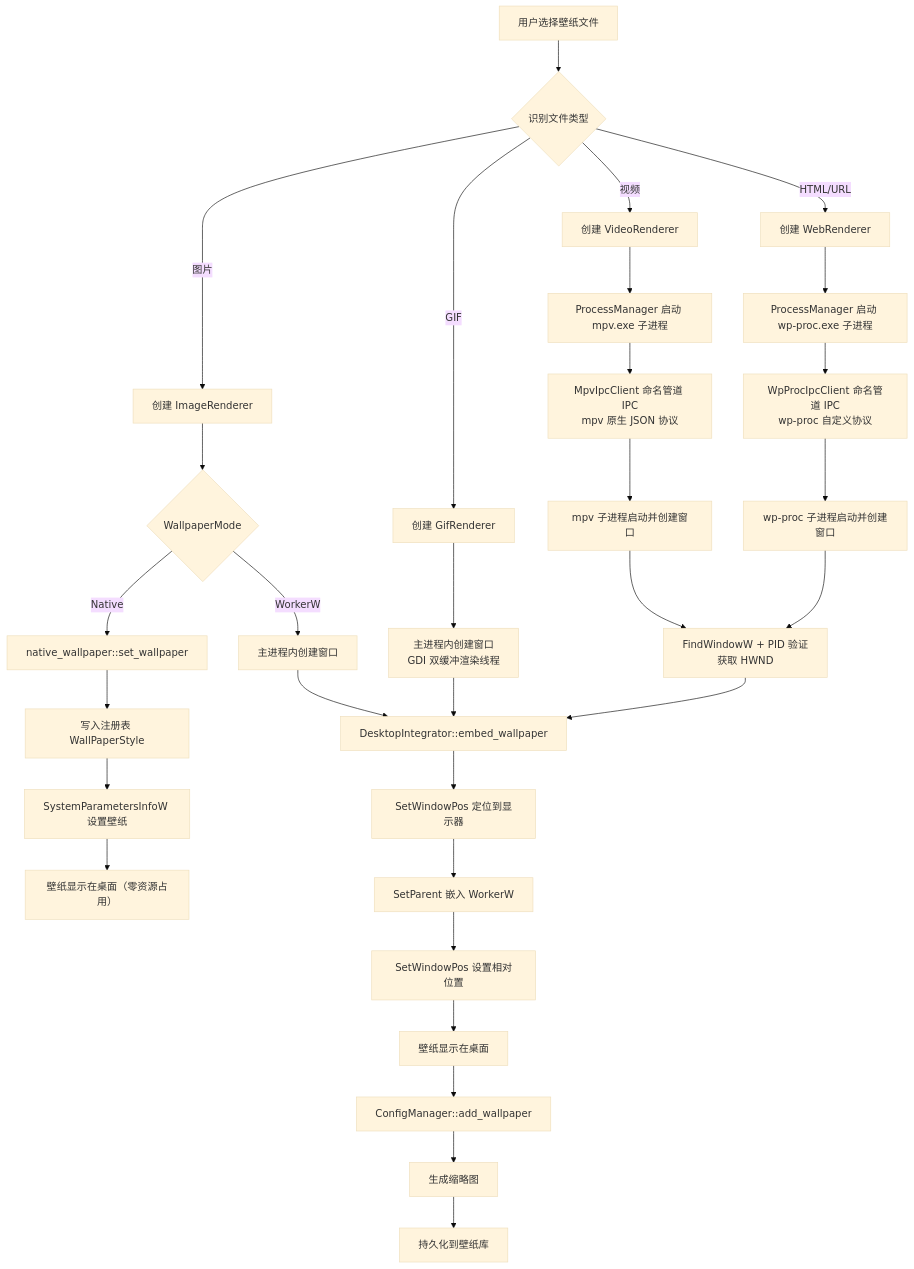
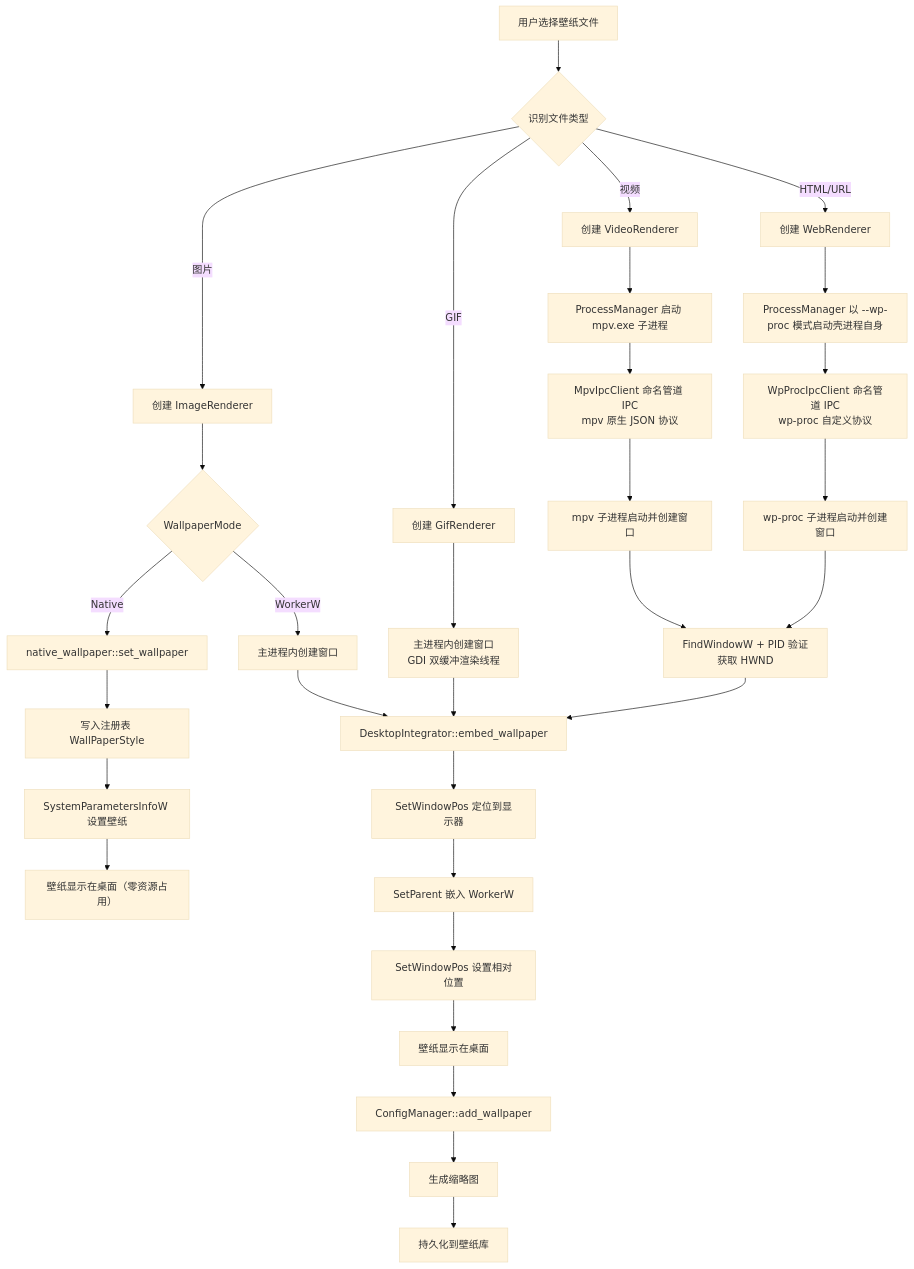
One commit to Wunseol/mirrorstar-wallpaper changed the second of 5 diagrams in docs/02-架构设计/05-依赖与数据流-Dependency-and-Data-Flow.md. Above: the diagram before and after it, drawn with Mermaid (base theme). The commit also changed other lines of this file and 181 other files, not shown here.

````diff
--- a/docs/02-架构设计/05-依赖与数据流-Dependency-and-Data-Flow.md
+++ b/docs/02-架构设计/05-依赖与数据流-Dependency-and-Data-Flow.md
@@ -75,40 +75,40 @@
 ```mermaid
 flowchart TD
     A[用户选择壁纸文件] --> B{识别文件类型}
     B -->|视频| C1[创建 VideoRenderer]
     B -->|GIF| C2[创建 GifRenderer]
     B -->|HTML/URL| C3[创建 WebRenderer]
     B -->|图片| C4[创建 ImageRenderer]
 
     C1 --> D1[ProcessManager 启动 mpv.exe 子进程]
     D1 --> D1a[MpvIpcClient 命名管道 IPC<br/>mpv 原生 JSON 协议]
-    C3 --> D2[ProcessManager 启动 wp-proc.exe 子进程]
+    C3 --> D2[ProcessManager 以 --wp-proc 模式启动壳进程自身]
     D2 --> D2a[WpProcIpcClient 命名管道 IPC<br/>wp-proc 自定义协议]
     C2 --> EW2[主进程内创建窗口<br/>GDI 双缓冲渲染线程]
     C4 --> E{WallpaperMode}
 
     E -->|Native| EN[native_wallpaper::set_wallpaper]
     EN --> EN1[写入注册表 WallPaperStyle]
     EN1 --> EN2[SystemParametersInfoW 设置壁纸]
     EN2 --> EN3[壁纸显示在桌面（零资源占用）]
 
     E -->|WorkerW| EW[主进程内创建窗口]
 
     D1a --> F1[mpv 子进程启动并创建窗口]
     D2a --> F2[wp-proc 子进程启动并创建窗口]
     F1 --> G[FindWindowW + PID 验证获取 HWND]
     F2 --> G
 
     EW --> I[DesktopIntegrator::embed_wallpaper]
     EW2 --> I
     G --> I
 
     I --> J[SetWindowPos 定位到显示器]
     J --> L[SetParent 嵌入 WorkerW]
     L --> M[SetWindowPos 设置相对位置]
     M --> N[壁纸显示在桌面]
 
     N --> O[ConfigManager::add_wallpaper]
     O --> P[生成缩略图]
     P --> Q[持久化到壁纸库]
 ```
````
